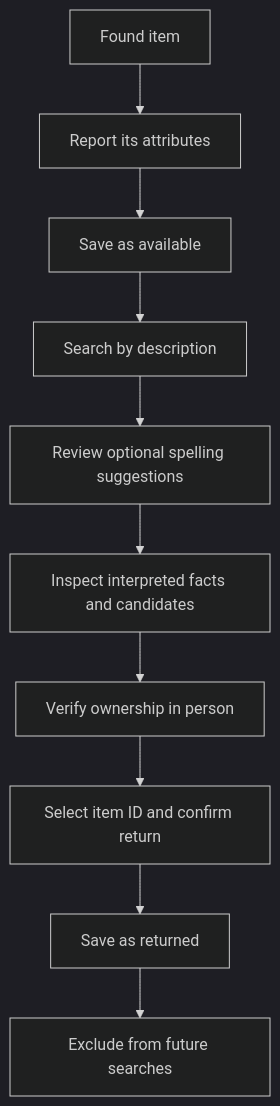
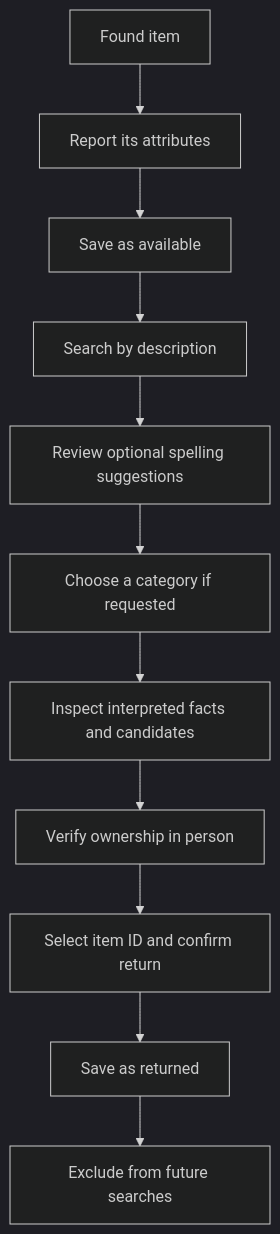
The second of 2 diagrams in README.md (ananyajoshi-cseai/lost-and-found-smart-box), drawn with Mermaid (dark theme) before and after one commit. The commit also changed other lines of this file, not shown here.

````diff
--- a/README.md
+++ b/README.md
@@ -177,12 +186,13 @@
 ```mermaid
 flowchart TD
     A["Found item"] --> B["Report its attributes"]
     B --> C["Save as available"]
     C --> D["Search by description"]
     D --> J["Review optional spelling suggestions"]
-    J --> E["Inspect interpreted facts and candidates"]
+    J --> K["Choose a category if requested"]
+    K --> E["Inspect interpreted facts and candidates"]
     E --> F["Verify ownership in person"]
     F --> G["Select item ID and confirm return"]
     G --> H["Save as returned"]
     H --> I["Exclude from future searches"]
 ```
````
